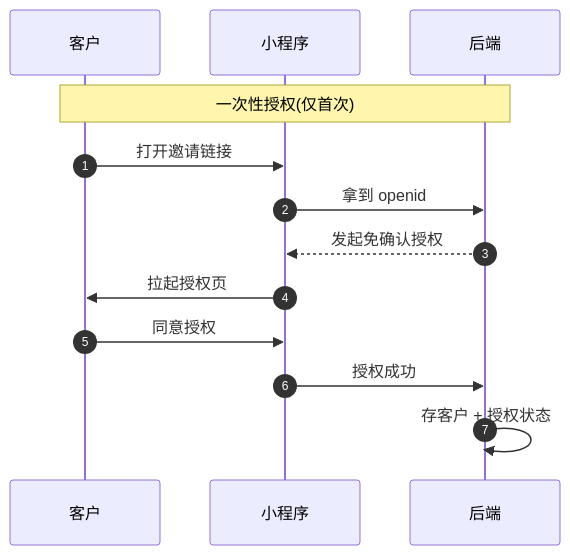
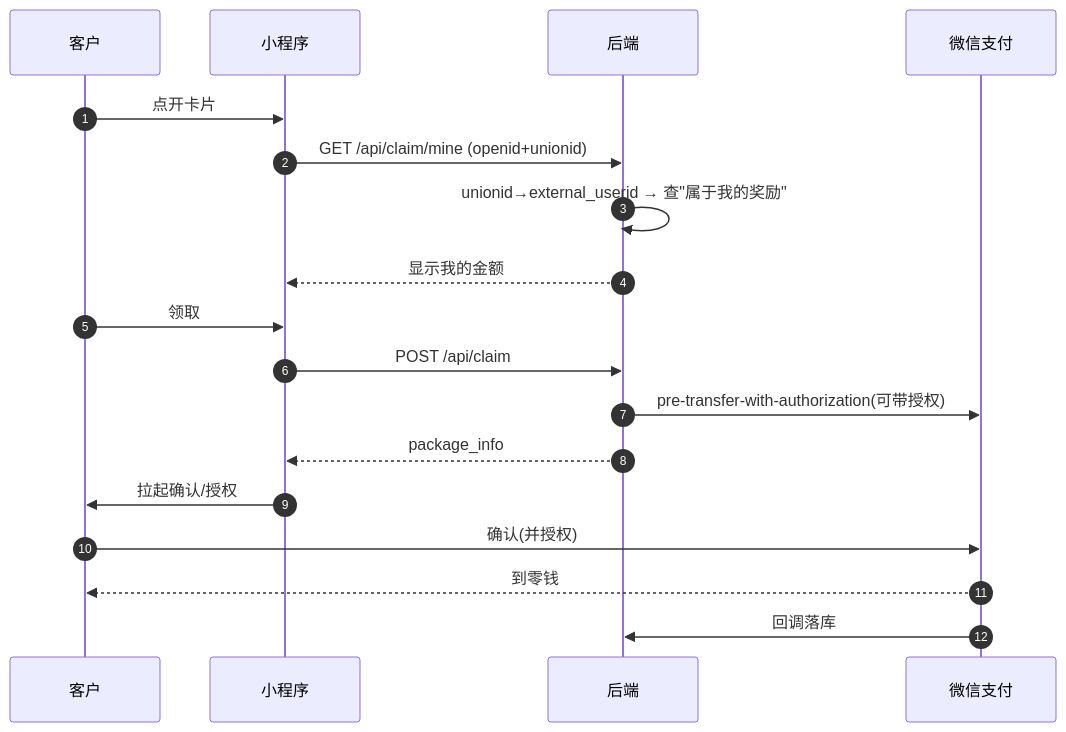
Before and after one commit to TangVarie/ROCPAY: the third of 4 diagrams in docs/PRODUCTION-DESIGN.md, drawn with Mermaid. The commit also changed other lines of this file, not shown here.

````diff
--- a/docs/PRODUCTION-DESIGN.md
+++ b/docs/PRODUCTION-DESIGN.md
@@ -90,15 +117,19 @@
 ```mermaid
 sequenceDiagram
   autonumber
   participant C as 客户
   participant MP as 小程序
   participant API as 后端
-  Note over C,API: 一次性授权(仅首次)
-  C->>MP: 打开邀请链接
-  MP->>API: 拿到 openid
-  API-->>MP: 发起免确认授权
-  MP->>C: 拉起授权页
-  C->>MP: 同意授权
-  MP->>API: 授权成功
-  API->>API: 存客户 + 授权状态
+  participant WX as 微信支付
+  C->>MP: 点开卡片
+  MP->>API: GET /api/claim/mine (openid+unionid)
+  API->>API: unionid→external_userid → 查"属于我的奖励"
+  API-->>MP: 显示我的金额
+  C->>MP: 领取
+  MP->>API: POST /api/claim
+  API->>WX: pre-transfer-with-authorization(可带授权)
+  API-->>MP: package_info
+  MP->>C: 拉起确认/授权
+  C->>WX: 确认(并授权)
+  WX-->>C: 到零钱; WX->>API: 回调落库
 ```
````
